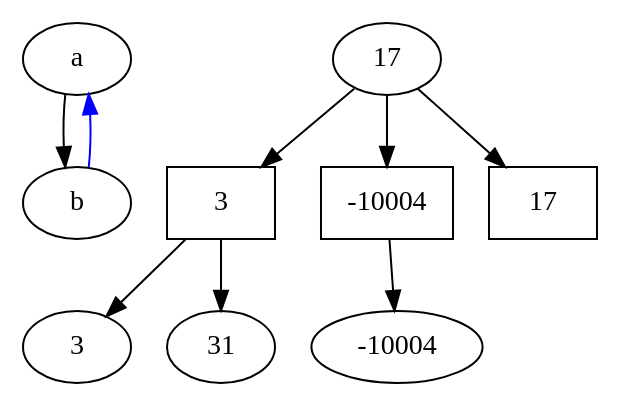
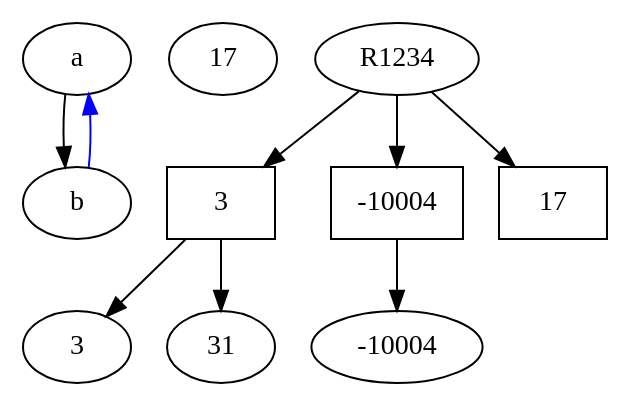
Before and after one commit to SamWibatt/cribbage_cpp: the diagram in images/dottest.dot, drawn with Graphviz. The commit also changed 2 other files, not shown here.

Commit message:
more graphing support

```diff
--- a/images/dottest.dot
+++ b/images/dottest.dot
@@ -1,26 +1,26 @@
 // export as svg and view in browser to see tooltips
 strict digraph { 
   a -> b
   a -> b
   b -> a [color=blue]
   R[label = 17] 
-  R -> { A, B, C }
+  R1234 -> { A, B, C }
   A -> { D, E }
   B -> { F }
   // min level nodes
   subgraph { 
     rank = same; 
       A[shape = box label = 3 
         tooltip = "riggle\ndiggle\ndumtree"]; 
       B[shape = box label = -10004]; 
       C[shape = box label = 17]; 
   } 
   //next max level nodes
   subgraph { 
     rank = same; 
       D[shape = ellipse label = 3 
         tooltip = "pig\nblart"]; 
       E[shape = ellipse label = 31]; 
       F[shape = ellipse label = -10004];
   }   
 } 
```
